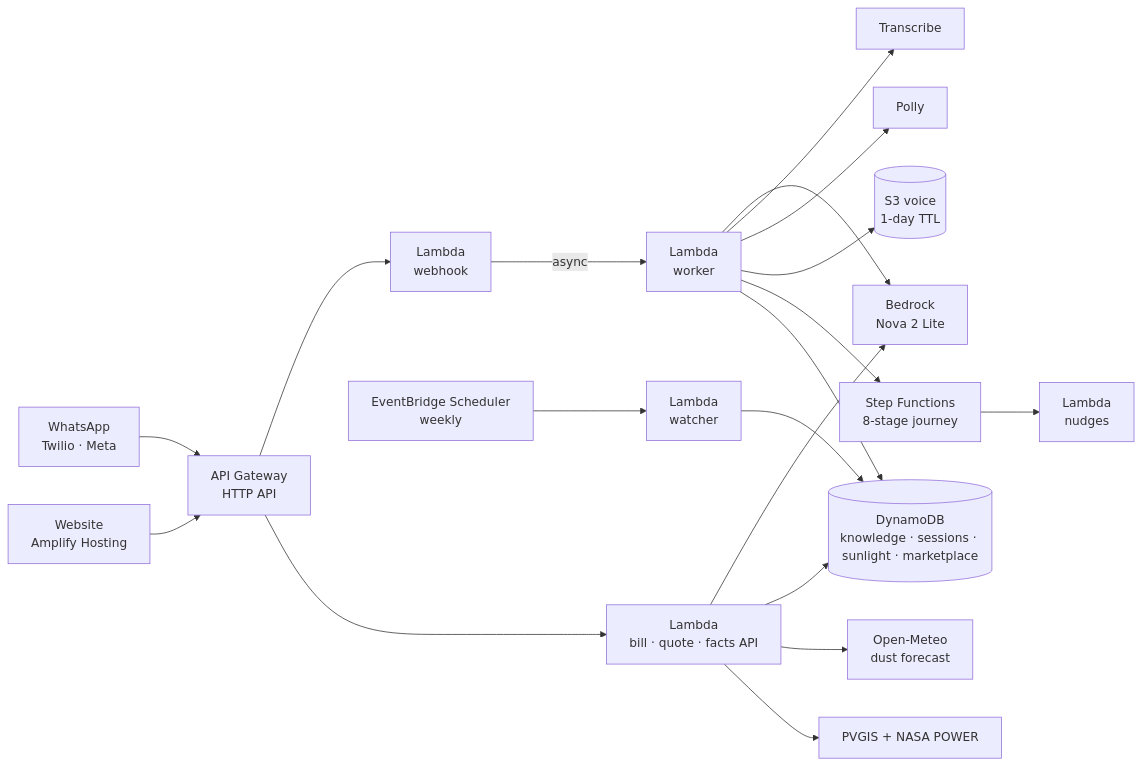
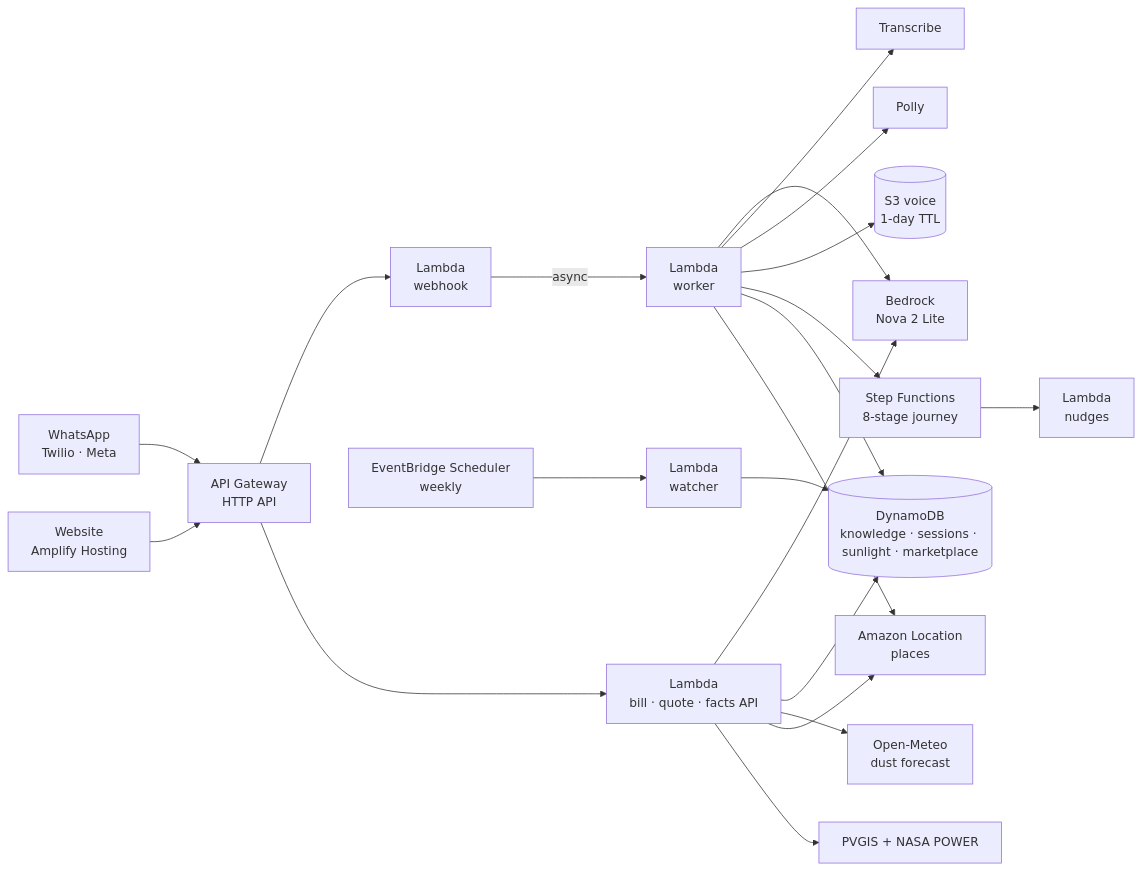
Before and after one commit to piyushk-dev/roshni: the diagram in README.md, drawn with Mermaid. The commit also changed other lines of this file and 2 other files, not shown here.

First line of the commit message:
Docs: the tool-using assistant and Amazon Location

````diff
--- a/README.md
+++ b/README.md
@@ -49,15 +49,16 @@
 ```mermaid
 flowchart LR
   WA[WhatsApp<br/>Twilio · Meta] --> GW[API Gateway<br/>HTTP API]
   WEB[Website<br/>Amplify Hosting] --> GW
   GW --> HOOK[Lambda<br/>webhook] -->|async| WORK[Lambda<br/>worker]
   GW --> API[Lambda<br/>bill · quote · facts API]
   WORK --> BR[Bedrock<br/>Nova 2 Lite]
   API --> BR
   WORK --> TR[Transcribe] & PO[Polly] & S3[(S3 voice<br/>1-day TTL)]
   WORK --> SF[Step Functions<br/>8-stage journey] --> JL[Lambda<br/>nudges]
   WORK & API --> DDB[(DynamoDB<br/>knowledge · sessions · sunlight · marketplace)]
   API --> AQ[Open-Meteo<br/>dust forecast]
+  WORK & API --> LOC[Amazon Location<br/>places]
   SCH[EventBridge Scheduler<br/>weekly] --> WATCH[Lambda<br/>watcher] --> DDB
   API --> SUN[PVGIS + NASA POWER]
 ```
````
